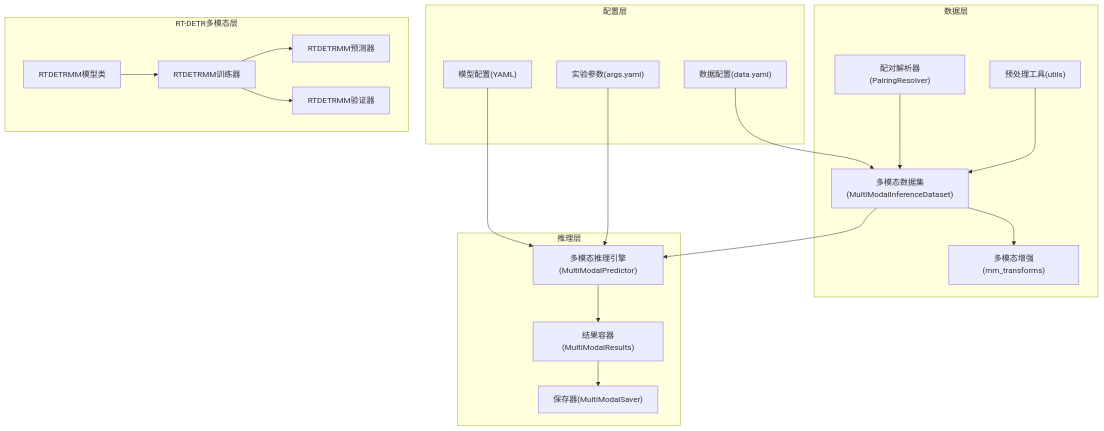
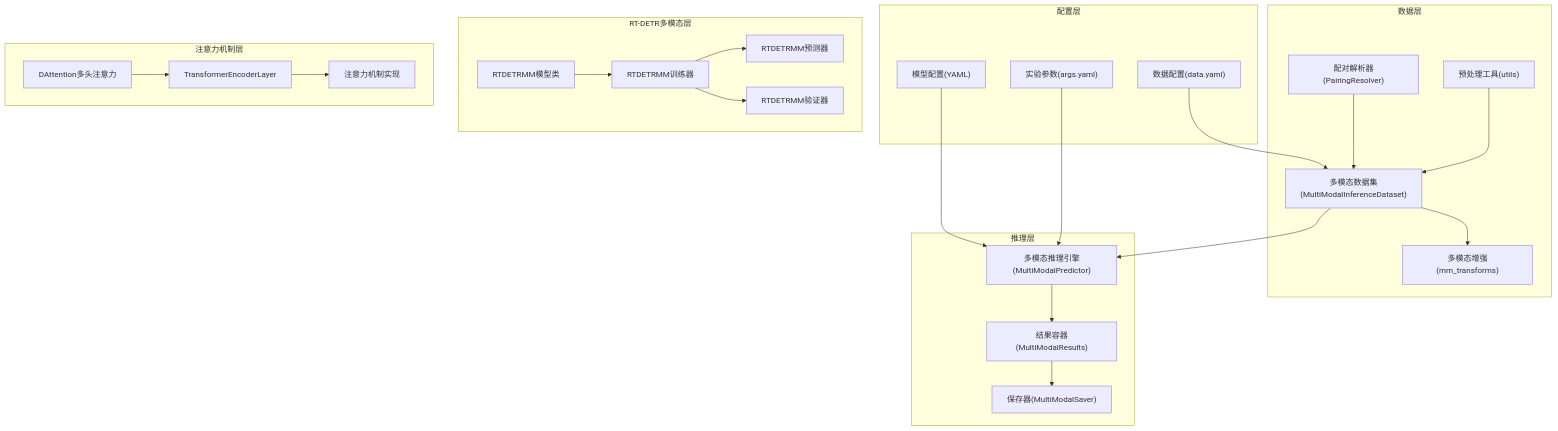
One commit to 2208754827/MM-IMPROVE changed the first of 10 diagrams in .qoder/repowiki/zh/content/模型配置与管理/训练配置管理/多模态训练配置.md. Above: the diagram before and after it, drawn with Mermaid. The commit also changed other lines of this file and 411 other files, not shown here.

````diff
--- a/.qoder/repowiki/zh/content/模型配置与管理/训练配置管理/多模态训练配置.md
+++ b/.qoder/repowiki/zh/content/模型配置与管理/训练配置管理/多模态训练配置.md
@@ -59,37 +65,44 @@
 ```mermaid
 graph TB
 subgraph "配置层"
 CFG_YAML["模型配置(YAML)"]
 DATA_YAML["数据配置(data.yaml)"]
 ARGS_YAML["实验参数(args.yaml)"]
 end
 subgraph "数据层"
 PAIR["配对解析器(PairingResolver)"]
 DS["多模态数据集(MultiModalInferenceDataset)"]
 AUG["多模态增强(mm_transforms)"]
 UTILS["预处理工具(utils)"]
 end
 subgraph "推理层"
 PRED["多模态推理引擎(MultiModalPredictor)"]
 RES["结果容器(MultiModalResults)"]
 SAVE["保存器(MultiModalSaver)"]
 end
 subgraph "RT-DETR多模态层"
 RTMM_MODEL["RTDETRMM模型类"]
 RTMM_TRAINER["RTDETRMM训练器"]
 RTMM_PREDICTOR["RTDETRMM预测器"]
 RTMM_VALIDATOR["RTDETRMM验证器"]
 end
+subgraph "注意力机制层"
+DATTEENTION["DAttention多头注意力"]
+TRANSFORMER["TransformerEncoderLayer"]
+ATTENTION_IMPL["注意力机制实现"]
+end
 CFG_YAML --> PRED
 DATA_YAML --> DS
 ARGS_YAML --> PRED
 PAIR --> DS
 DS --> AUG
 DS --> PRED
 PRED --> RES
 RES --> SAVE
 UTILS --> DS
 RTMM_MODEL --> RTMM_TRAINER
 RTMM_TRAINER --> RTMM_PREDICTOR
 RTMM_TRAINER --> RTMM_VALIDATOR
+DATTEENTION --> TRANSFORMER
+TRANSFORMER --> ATTENTION_IMPL
 ```
````
